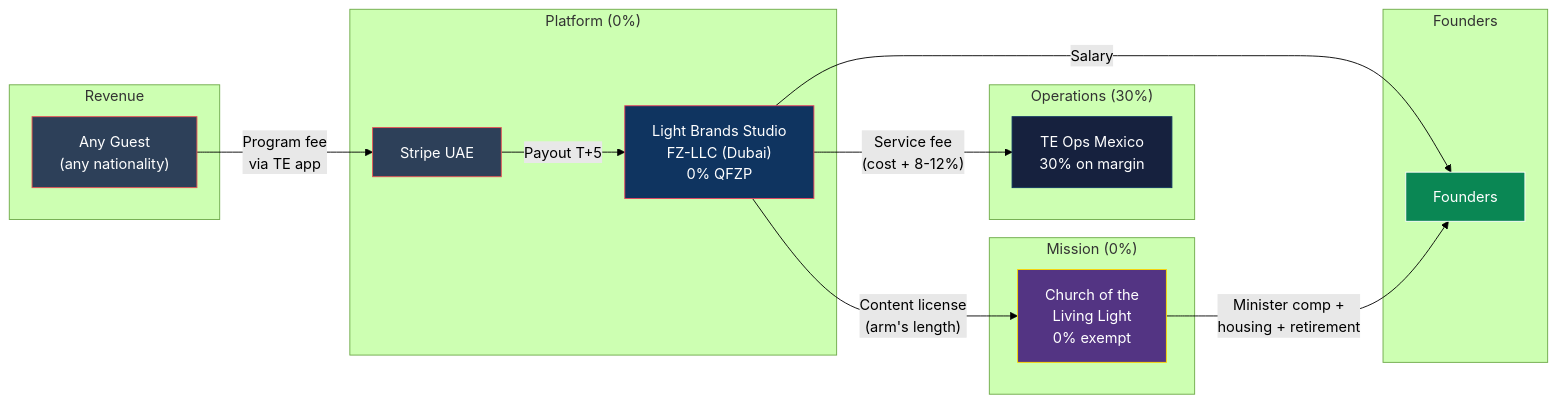
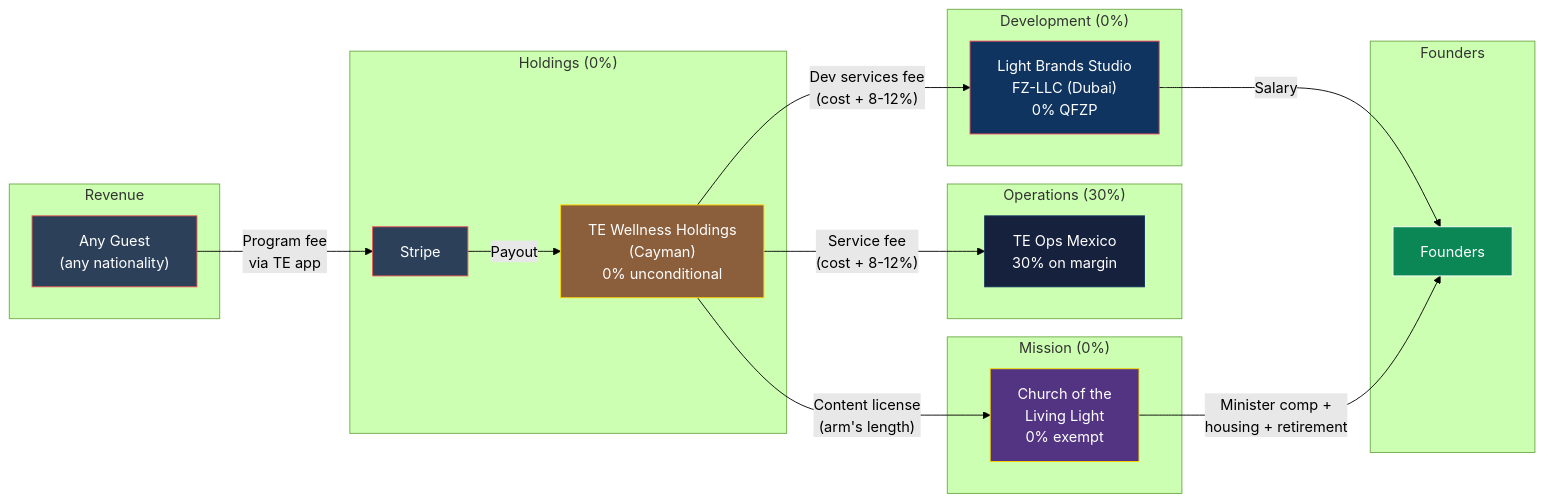
One commit to Light-Brands/epic-center changed the second of 3 diagrams in docs/tax-structure/01-MASTER-STRUCTURE.md. Above: the diagram before and after it, drawn with Mermaid (forest theme). The commit also changed other lines of this file and 8 other files, not shown here.

First line of the commit message:
Integrate TE Wellness Holdings (Cayman) as investable vehicle into tax structure

````diff
--- a/docs/tax-structure/01-MASTER-STRUCTURE.md
+++ b/docs/tax-structure/01-MASTER-STRUCTURE.md
@@ -67,37 +77,43 @@
 ```mermaid
 graph LR
     subgraph "Revenue"
         G["Any Guest<br/>(any nationality)"]
     end
 
-    subgraph "Platform (0%)"
-        S["Stripe UAE"]
+    subgraph "Holdings (0%)"
+        S["Stripe"]
+        CAYMAN["TE Wellness Holdings<br/>(Cayman)<br/>0% unconditional"]
+    end
+
+    subgraph "Development (0%)"
         UAE["Light Brands Studio<br/>FZ-LLC (Dubai)<br/>0% QFZP"]
     end
 
     subgraph "Operations (30%)"
         MEX["TE Ops Mexico<br/>30% on margin"]
     end
 
     subgraph "Mission (0%)"
         CHURCH["Church of the<br/>Living Light<br/>0% exempt"]
     end
 
     subgraph "Founders"
         F["Founders"]
     end
 
     G -->|"Program fee<br/>via TE app"| S
-    S -->|"Payout T+5"| UAE
-    UAE -->|"Service fee<br/>(cost + 8-12%)"| MEX
-    UAE -->|"Content license<br/>(arm's length)"| CHURCH
+    S -->|"Payout"| CAYMAN
+    CAYMAN -->|"Dev services fee<br/>(cost + 8-12%)"| UAE
+    CAYMAN -->|"Service fee<br/>(cost + 8-12%)"| MEX
+    CAYMAN -->|"Content license<br/>(arm's length)"| CHURCH
     UAE -->|"Salary"| F
     CHURCH -->|"Minister comp +<br/>housing + retirement"| F
 
     style G fill:#2d4059,stroke:#ea5455,color:#fff
     style S fill:#2d4059,stroke:#ea5455,color:#fff
+    style CAYMAN fill:#8b5e3c,stroke:#ffd700,color:#fff
     style UAE fill:#0f3460,stroke:#e94560,color:#fff
     style MEX fill:#16213e,stroke:#0f3460,color:#fff
     style CHURCH fill:#533483,stroke:#ffd700,color:#fff
     style F fill:#0a8754,stroke:#fff,color:#fff
 ```
````
